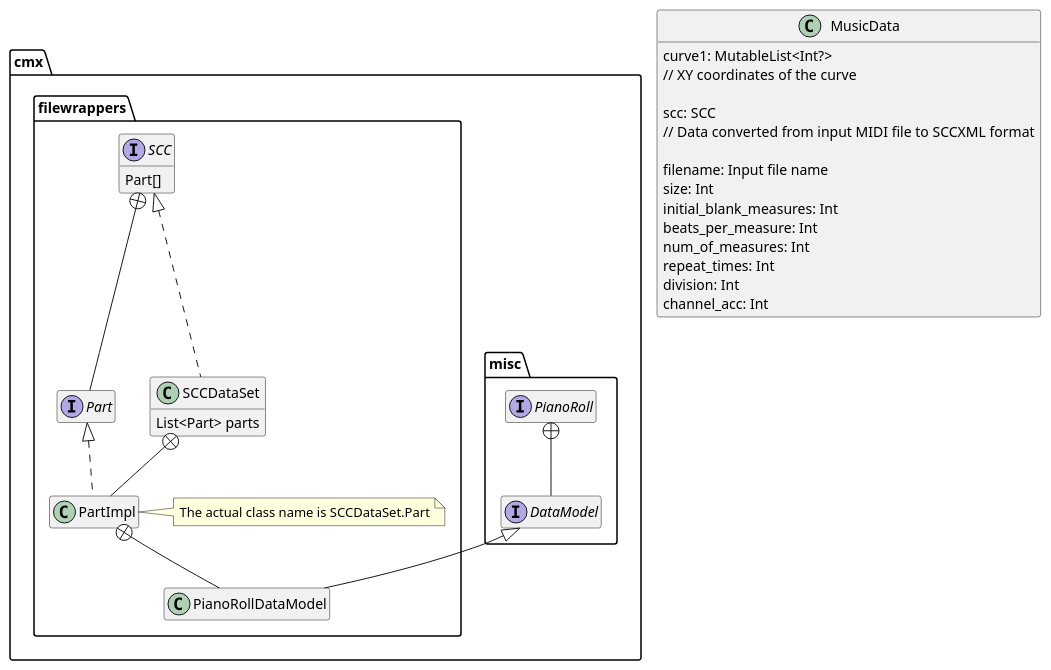
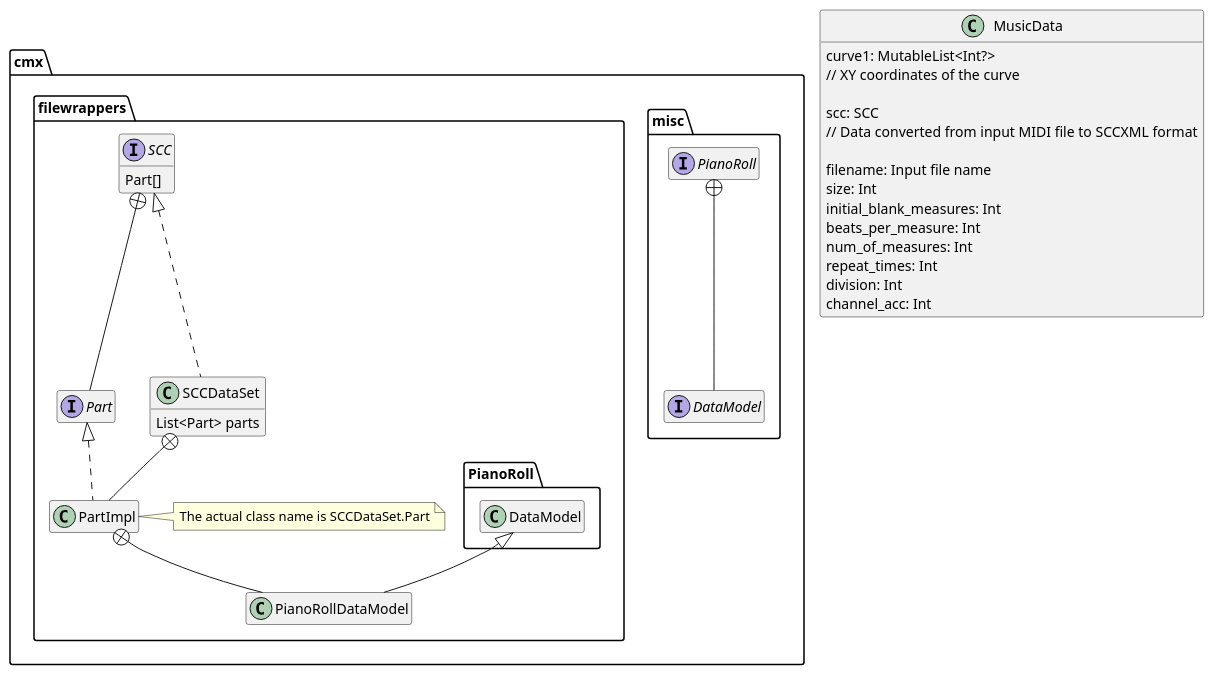
Before and after one commit to fujiij/plantuml: the diagram in diagrams/test3.puml, drawn with PlantUML.

```diff
--- a/diagrams/test3.puml
+++ b/diagrams/test3.puml
@@ -1,49 +1,49 @@
 @startuml
 'https://plantuml.com/class-diagram
 hide empty members
 
 class MusicData {
     curve1: MutableList<Int?>
     // XY coordinates of the curve
 
     scc: SCC
     // Data converted from input MIDI file to SCCXML format
 
     filename: Input file name
     size: Int
     initial_blank_measures: Int
     beats_per_measure: Int
     num_of_measures: Int
     repeat_times: Int
     division: Int
     channel_acc: Int
 }
 
 package "cmx" {
     package "misc" {
         interface PianoRoll {
         }
         interface DataModel
         PianoRoll +-- DataModel
     }
     package "filewrappers" {
         interface SCC {
             Part[]
         }
         interface Part
         SCC +-- Part
         class SCCDataSet implements SCC {
             List<Part> parts
         }
         class PartImpl implements Part
         SCCDataSet +-- PartImpl
         note right of PartImpl
             The actual class name is SCCDataSet.Part
         end note
 
-        DataModel <|-- PianoRollDataModel
+        PianoRoll.DataModel <|-- PianoRollDataModel
         PartImpl +-- PianoRollDataModel
     }
 }
 
 @enduml
```
